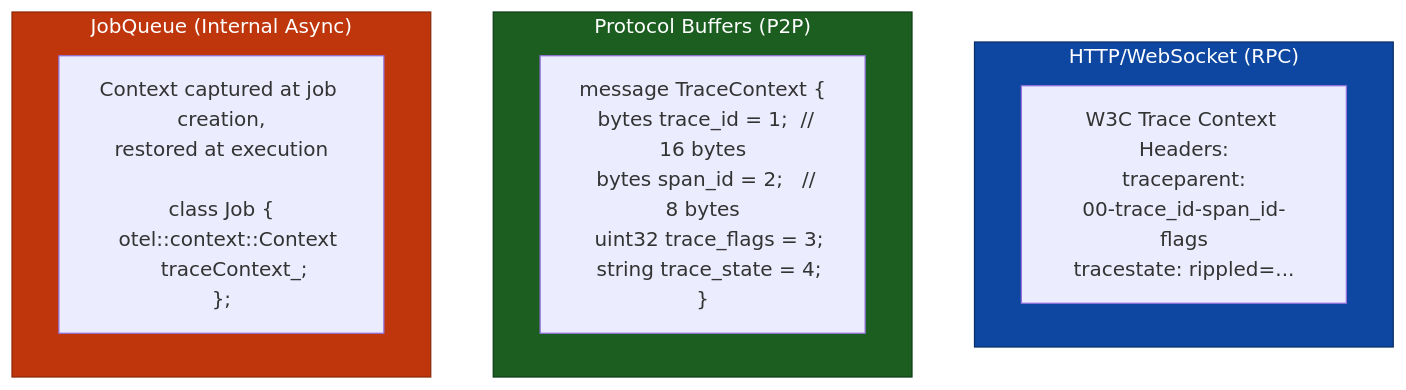
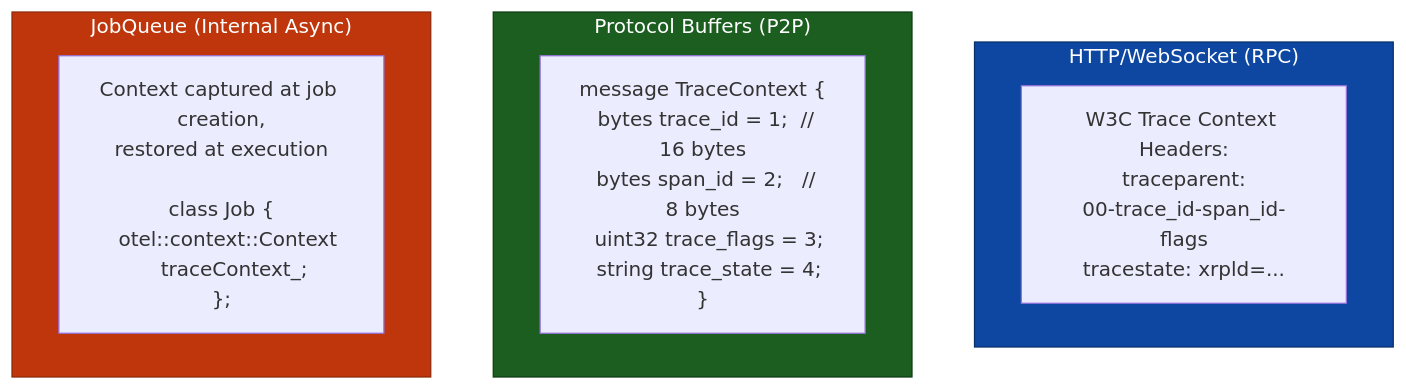
The second of 3 diagrams in OpenTelemetryPlan/02-design-decisions.md (XRPLF/rippled), drawn with Mermaid before and after one commit. The commit also changed other lines of this file and 10 other files, not shown here.

````diff
--- a/OpenTelemetryPlan/02-design-decisions.md
+++ b/OpenTelemetryPlan/02-design-decisions.md
@@ -422,18 +422,18 @@
 ```mermaid
 flowchart TB
     subgraph http["HTTP/WebSocket (RPC)"]
-        w3c["W3C Trace Context Headers:<br/>traceparent:<br/>00-trace_id-span_id-flags<br/>tracestate: rippled=..."]
+        w3c["W3C Trace Context Headers:<br/>traceparent:<br/>00-trace_id-span_id-flags<br/>tracestate: xrpld=..."]
     end
 
     subgraph protobuf["Protocol Buffers (P2P)"]
         proto["message TraceContext {<br/>  bytes trace_id = 1;  // 16 bytes<br/>  bytes span_id = 2;   // 8 bytes<br/>  uint32 trace_flags = 3;<br/>  string trace_state = 4;<br/>}"]
     end
 
     subgraph jobqueue["JobQueue (Internal Async)"]
         job["Context captured at job creation,<br/>restored at execution<br/><br/>class Job {<br/>  otel::context::Context<br/>    traceContext_;<br/>};"]
     end
 
     style http fill:#0d47a1,stroke:#082f6a,color:#ffffff
     style protobuf fill:#1b5e20,stroke:#0d3d14,color:#ffffff
     style jobqueue fill:#bf360c,stroke:#8c2809,color:#ffffff
 ```
````
